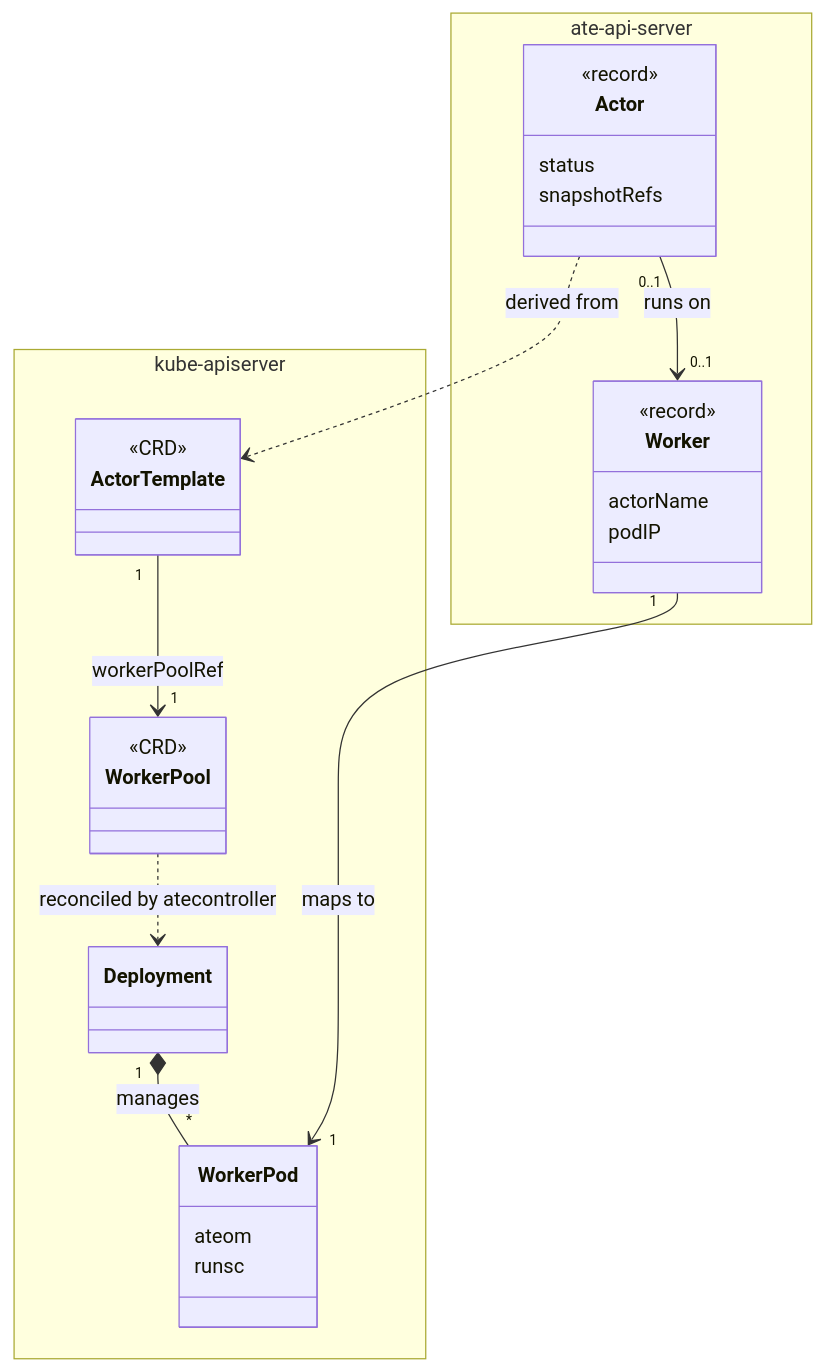
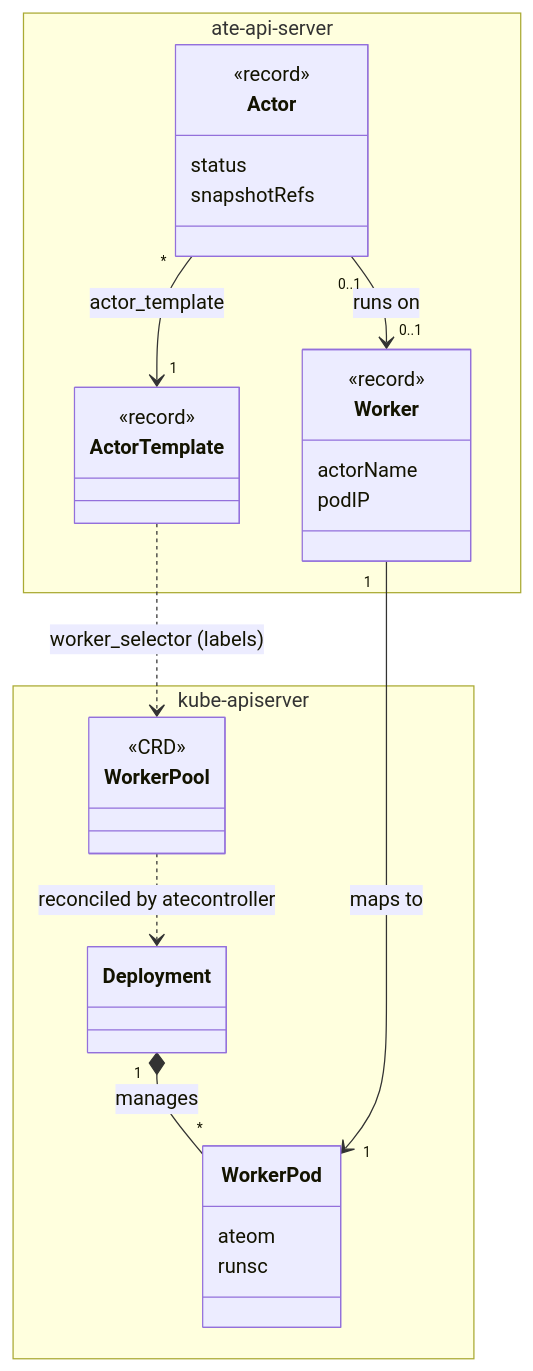
Before and after one commit to agent-substrate/substrate: the first of 3 diagrams in docs/architecture.md, drawn with Mermaid. The commit also changed other lines of this file and 9 other files, not shown here.

````diff
--- a/docs/architecture.md
+++ b/docs/architecture.md
@@ -261,36 +268,36 @@
 ```mermaid
 classDiagram
     namespace kube-apiserver {
-        class ActorTemplate {
-            <<CRD>>
-        }
         class WorkerPool {
             <<CRD>>
         }
         class Deployment
         class WorkerPod {
             ateom
             runsc
         }
     }
 
     namespace ate-api-server {
+        class ActorTemplate {
+            <<record>>
+        }
         class Actor {
             <<record>>
             status
             snapshotRefs
         }
         class Worker {
             <<record>>
             actorName
             podIP
         }
     }
 
-    ActorTemplate "1" --> "1" WorkerPool : workerPoolRef
+    ActorTemplate ..> WorkerPool : worker_selector (labels)
     WorkerPool ..> Deployment : reconciled by atecontroller
     Deployment "1" *-- "*" WorkerPod : manages
-    Actor ..> ActorTemplate : derived from
+    Actor "*" --> "1" ActorTemplate : actor_template
     Actor "0..1" --> "0..1" Worker : runs on
     Worker "1" --> "1" WorkerPod : maps to
 ```
````
